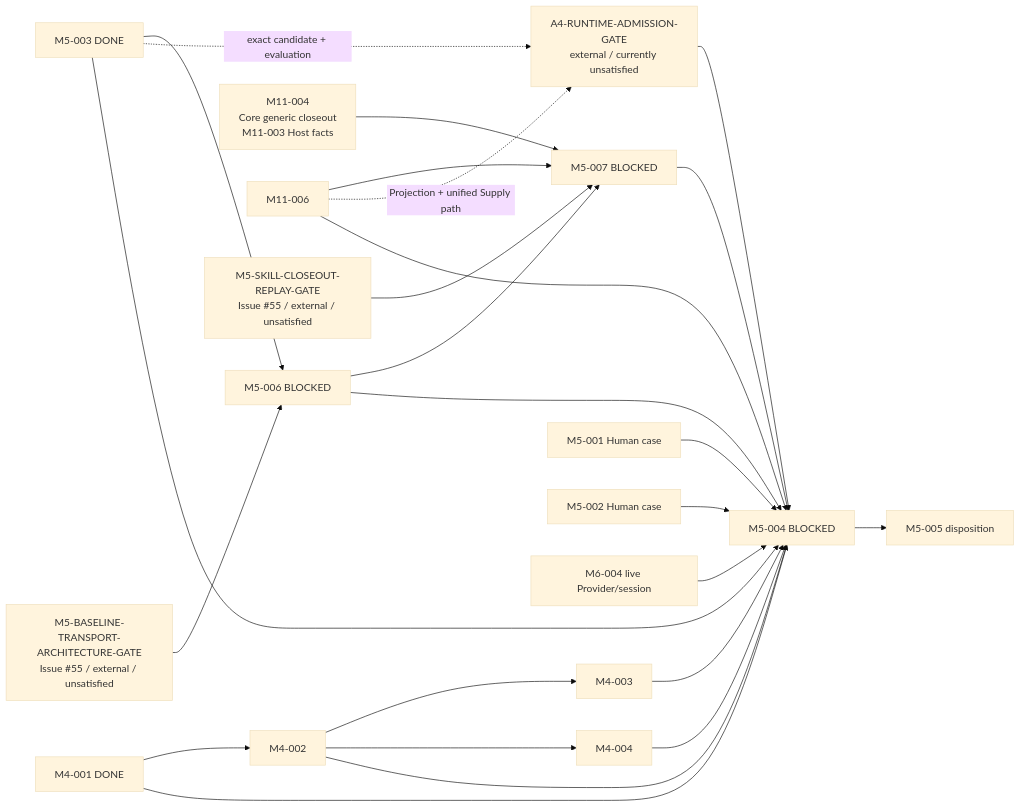
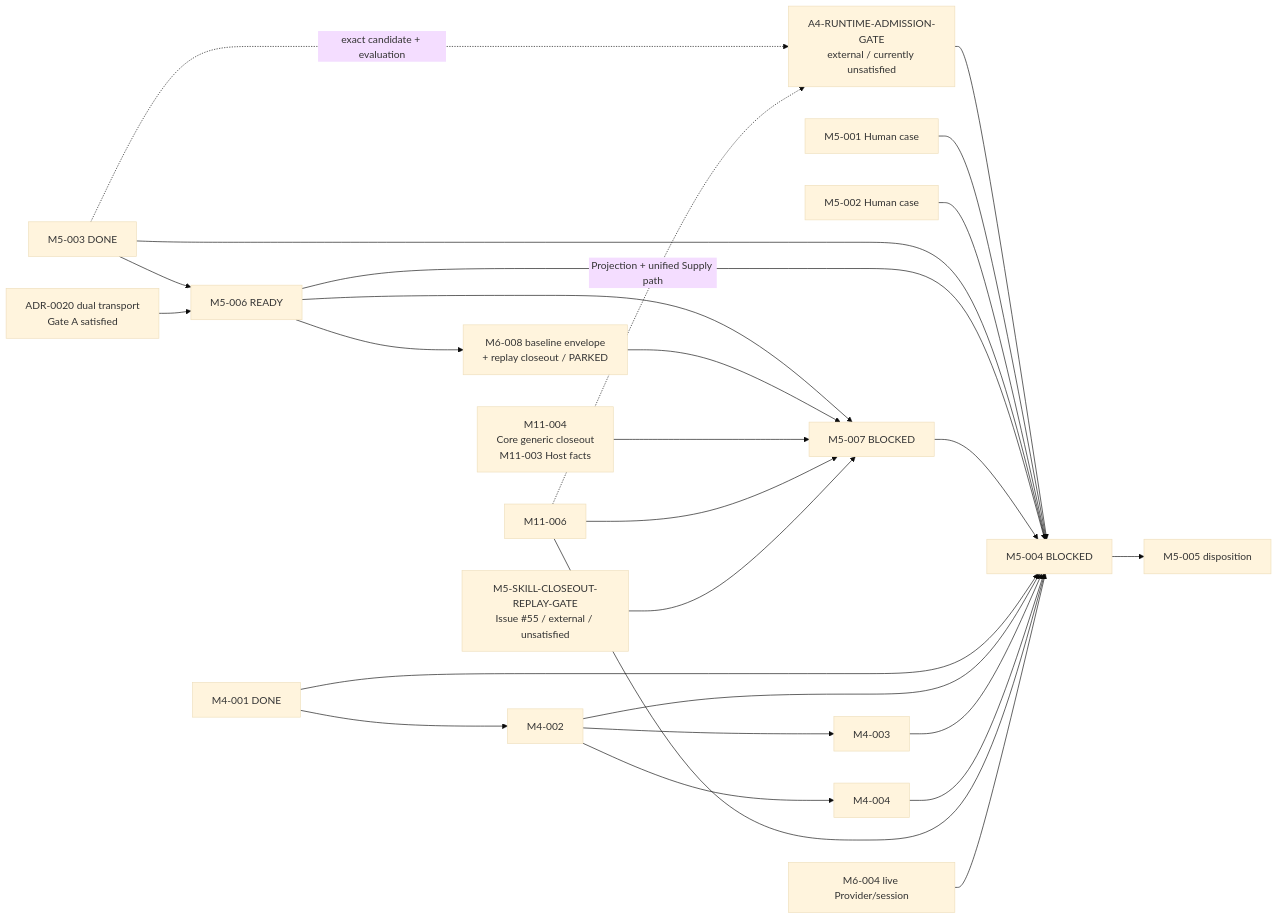
The second of 2 diagrams in docs/workstreams/chengyue-lu/M5-SYSTEM-EVALUATION-DESIGN/README.md (Chengyue-Lu/research-agent-workbench), drawn with Mermaid (base theme) before and after one commit. The commit also changed other lines of this file and 11 other files, not shown here.

First line of the commit message:
docs(phase-d): accept dual-transport evaluation entry (#56)

````diff
--- a/docs/workstreams/chengyue-lu/M5-SYSTEM-EVALUATION-DESIGN/README.md
+++ b/docs/workstreams/chengyue-lu/M5-SYSTEM-EVALUATION-DESIGN/README.md
@@ -238,30 +282,32 @@
 ```mermaid
 flowchart LR
-    M5003["M5-003 DONE"] --> M5006["M5-006 BLOCKED"]
-    BTG["M5-BASELINE-TRANSPORT-ARCHITECTURE-GATE<br/>Issue #55 / external / unsatisfied"] --> M5006
+    M5003["M5-003 DONE"] --> M5006["M5-006 READY"]
+    BTG["ADR-0020 dual transport<br/>Gate A satisfied"] --> M5006
     M5006 --> M5007["M5-007 BLOCKED"]
+    M5006 --> M6008["M6-008 baseline envelope<br/>+ replay closeout / PARKED"]
+    M6008 --> M5007
     M1104["M11-004<br/>Core generic closeout<br/>M11-003 Host facts"] --> M5007
     M1106["M11-006"] --> M5007
     SCG["M5-SKILL-CLOSEOUT-REPLAY-GATE<br/>Issue #55 / external / unsatisfied"] --> M5007
 
     M5003 -. "exact candidate + evaluation" .-> A4G["A4-RUNTIME-ADMISSION-GATE<br/>external / currently unsatisfied"]
     M1106 -. "Projection + unified Supply path" .-> A4G
     A4G --> M5004
 
     M4001["M4-001 DONE"] --> M4002["M4-002"]
     M4002 --> M4003["M4-003"]
     M4002 --> M4004["M4-004"]
 
     M5001["M5-001 Human case"] --> M5004["M5-004 BLOCKED"]
     M5002["M5-002 Human case"] --> M5004
     M5003 --> M5004
     M5006 --> M5004
     M5007 --> M5004
     M4001 --> M5004
     M4002 --> M5004
     M4003 --> M5004
     M4004 --> M5004
     M1106 --> M5004
     M6004["M6-004 live Provider/session"] --> M5004
     M5004 --> M5005["M5-005 disposition"]
 ```
````
